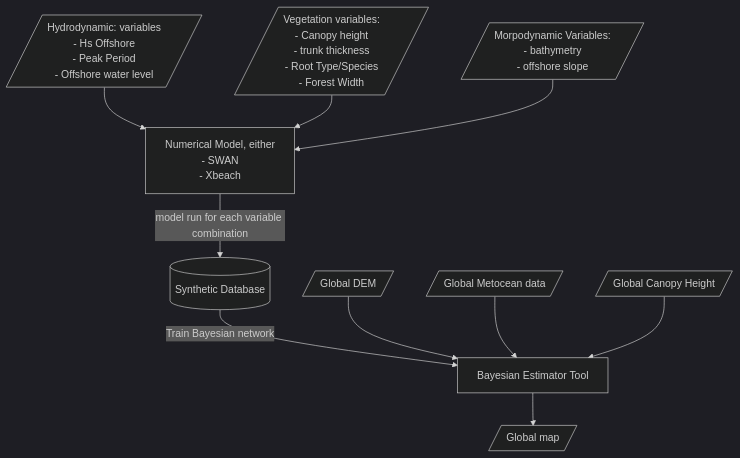
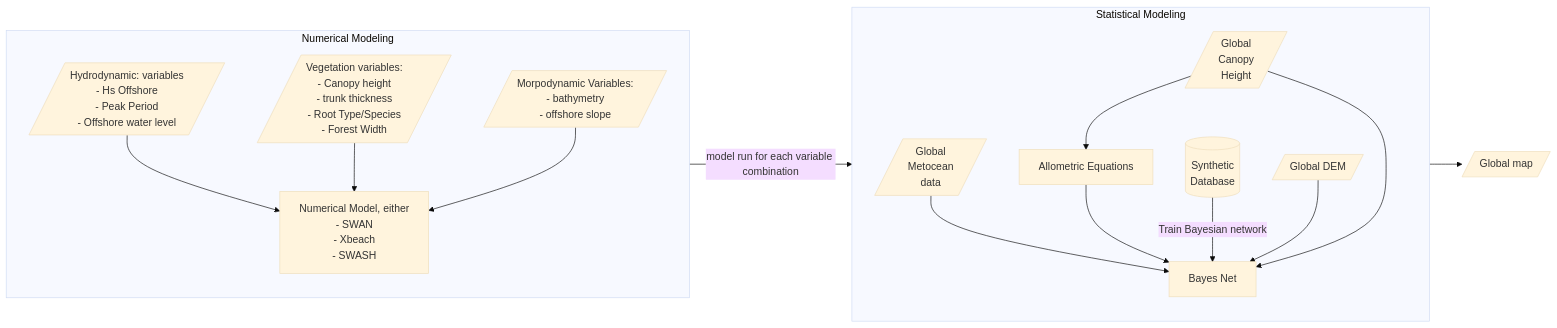
Before and after one commit to mlinds/thesis: the diagram in document/figures/approach-diagram.mmd, drawn with Mermaid. The commit also changed other lines of this file and 4 other files, not shown here.

```diff
--- a/document/figures/approach-diagram.mmd
+++ b/document/figures/approach-diagram.mmd
@@ -1,14 +1,23 @@
-%%{init: {'theme':'dark'}}%%
-graph TD
-    numericalmodel[Numerical Model, either <br> - SWAN <br> - Xbeach ]
-    hydvar[/Hydrodynamic: variables <br> - Hs Offshore <br> - Peak Period <br> - Offshore water level /]-->numericalmodel
-    vegvar[/Vegetation variables: <br> - Canopy height <br> - trunk thickness <br> - Root Type/Species <br> - Forest Width /] -->numericalmodel
-    morphvars[/Morpodynamic Variables: <br> - bathymetry <br> - offshore slope/] --> numericalmodel
+%%{init: {'theme':'base'}}%%
+flowchart LR
+    subgraph Numerical Modeling
+    direction TB
+        hydvar[/Hydrodynamic: variables <br> - Hs Offshore <br> - Peak Period <br> - Offshore water level /]-->numericalmodel
+        vegvar[/Vegetation variables: <br> - Canopy height <br> - trunk thickness <br> - Root Type/Species <br> - Forest Width /] -->numericalmodel
+        morphvars[/Morpodynamic Variables: <br> - bathymetry <br> - offshore slope/] --> numericalmodel
+        numericalmodel[Numerical Model, either <br> - SWAN <br> - Xbeach <br> - SWASH]
+    end
+
     numericalmodel --> |model run for each variable combination| sampleddata
-    mangroveheight[/Global Canopy Height/] 
-    sampleddata[(Synthetic Database)] -->|Train Bayesian network| estimator[Bayesian Estimator Tool]
-    dem[/Global DEM/] --> estimator
-    metocean[/Global Metocean data/] --> estimator
-    mangroveheight --> estimator
+
+    subgraph Statistical Modeling
+        direction TB
+        mangroveheight[/Global <br>Canopy <br>Height/] 
+        metocean[/Global<br>Metocean<br>data/] --> estimator
+        mangroveheight --> aleqns[Allometric Equations] --> estimator 
+        sampleddata[(Synthetic <br>Database)] -->|Train Bayesian network| estimator[Bayes Net]
+        dem[/Global DEM/] --> estimator
+        mangroveheight --> estimator
+    end 
 
     estimator --> FRoutput[/Global map/]
```
